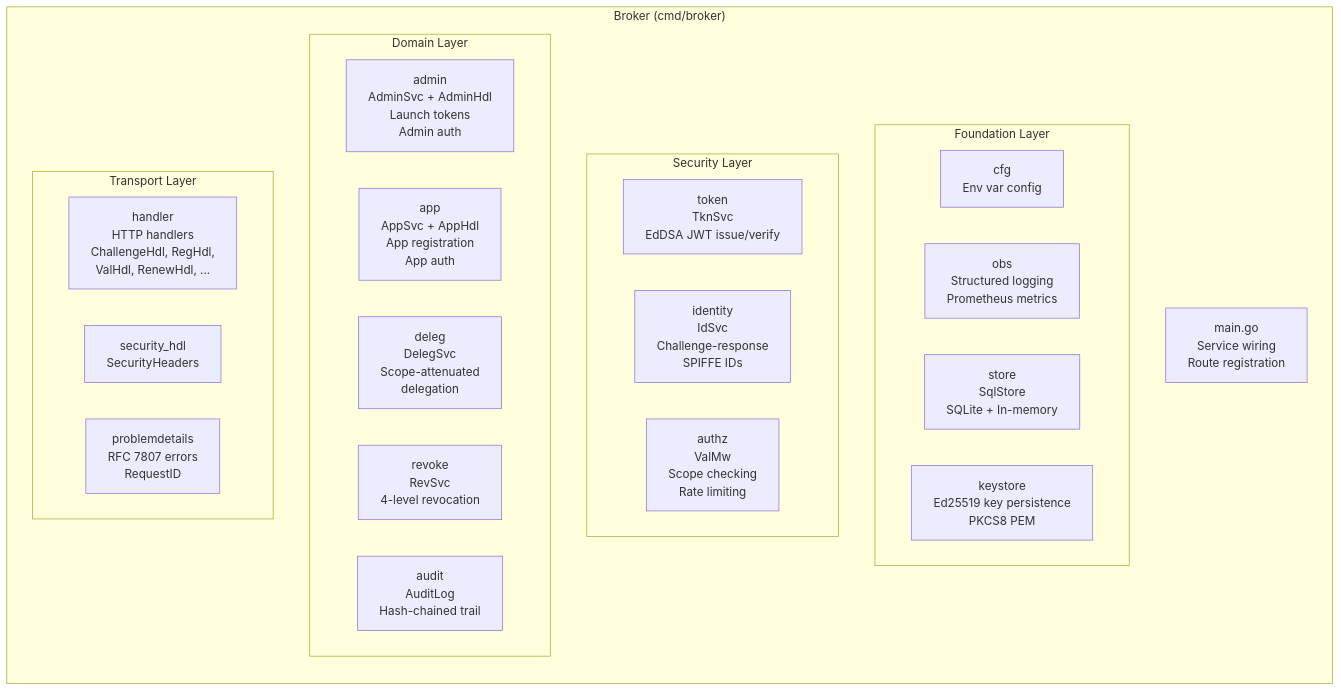
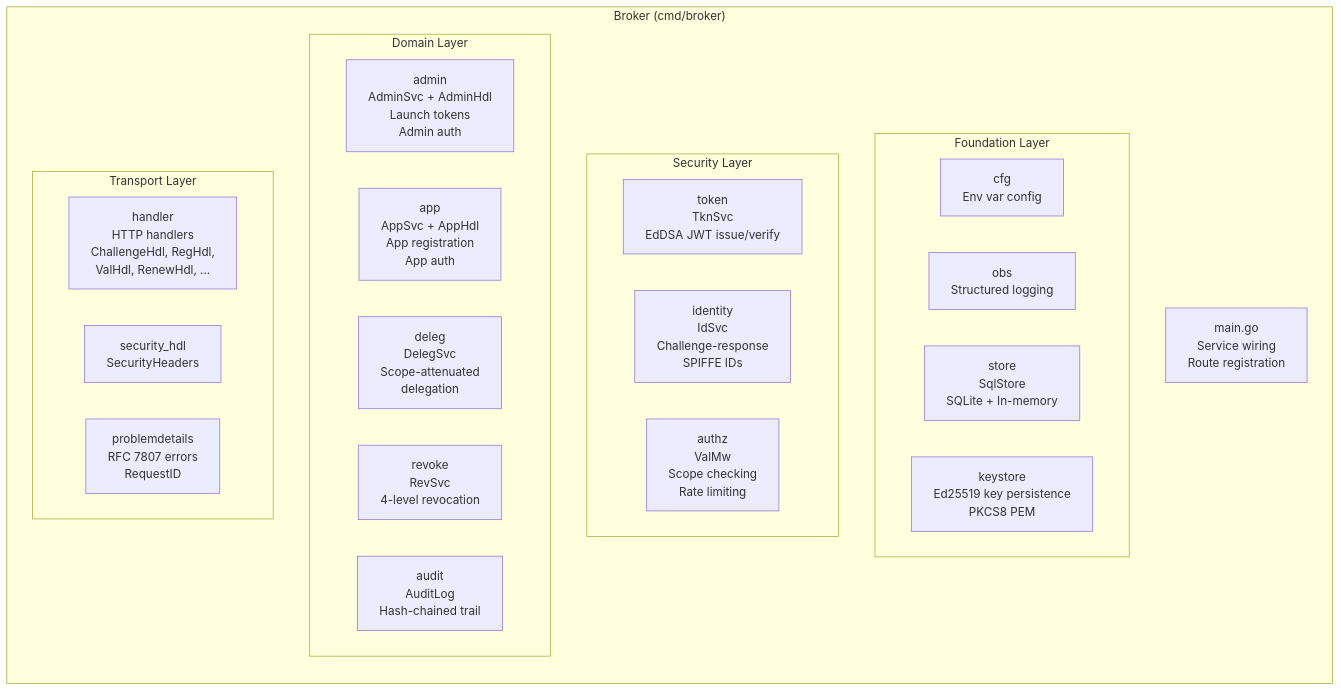
Before and after one commit to devonartis/agentwrit: the first of 4 diagrams in docs/architecture.md, drawn with Mermaid. The commit also changed other lines of this file and 1 other file, not shown here.

First line of the commit message:
docs: fix architecture doc — accuracy pass

````diff
--- a/docs/architecture.md
+++ b/docs/architecture.md
@@ -29,36 +29,36 @@
 ```mermaid
 flowchart TB
     subgraph Broker["Broker (cmd/broker)"]
         direction TB
         MAIN_B["main.go\nService wiring\nRoute registration"]
 
         subgraph Foundation["Foundation Layer"]
             CFG["cfg\nEnv var config"]
-            OBS["obs\nStructured logging\nPrometheus metrics"]
+            OBS["obs\nStructured logging"]
             STORE["store\nSqlStore\nSQLite + In-memory"]
             KEYSTORE["keystore\nEd25519 key persistence\nPKCS8 PEM"]
         end
 
         subgraph Security["Security Layer"]
             TOKEN["token\nTknSvc\nEdDSA JWT issue/verify"]
             IDENTITY["identity\nIdSvc\nChallenge-response\nSPIFFE IDs"]
             AUTHZ["authz\nValMw\nScope checking\nRate limiting"]
         end
 
         subgraph Domain["Domain Layer"]
             ADMIN_PKG["admin\nAdminSvc + AdminHdl\nLaunch tokens\nAdmin auth"]
             APP_PKG["app\nAppSvc + AppHdl\nApp registration\nApp auth"]
             DELEG["deleg\nDelegSvc\nScope-attenuated\ndelegation"]
             REVOKE["revoke\nRevSvc\n4-level revocation"]
             AUDIT["audit\nAuditLog\nHash-chained trail"]
         end
 
         subgraph Transport["Transport Layer"]
             HANDLER["handler\nHTTP handlers\nChallengeHdl, RegHdl,\nValHdl, RenewHdl, ..."]
             SECHDL["security_hdl\nSecurityHeaders"]
             PD["problemdetails\nRFC 7807 errors\nRequestID"]
         end
 
     end
 
 ```
````
